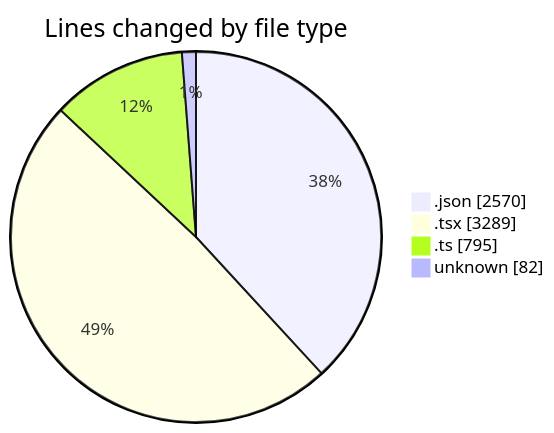
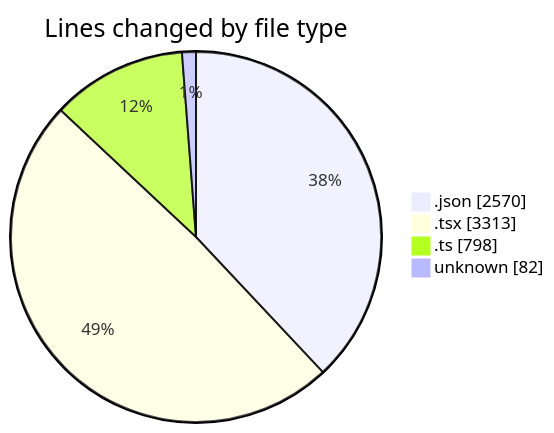
The first of 2 diagrams in 2025-10-29/eventscop-frontend-guide__workspace_/README.md (julien-gomy/code-tracking), drawn with Mermaid before and after one commit. The commit also changed other lines of this file and 1 other file, not shown here.

````diff
--- a/2025-10-29/eventscop-frontend-guide__workspace_/README.md
+++ b/2025-10-29/eventscop-frontend-guide__workspace_/README.md
@@ -56,8 +56,8 @@
 ```mermaid
 pie showData
 title Lines changed by file type
 ".json" : 2570
-".tsx" : 3289
-".ts" : 795
+".tsx" : 3313
+".ts" : 798
 "unknown" : 82
 ```
````
